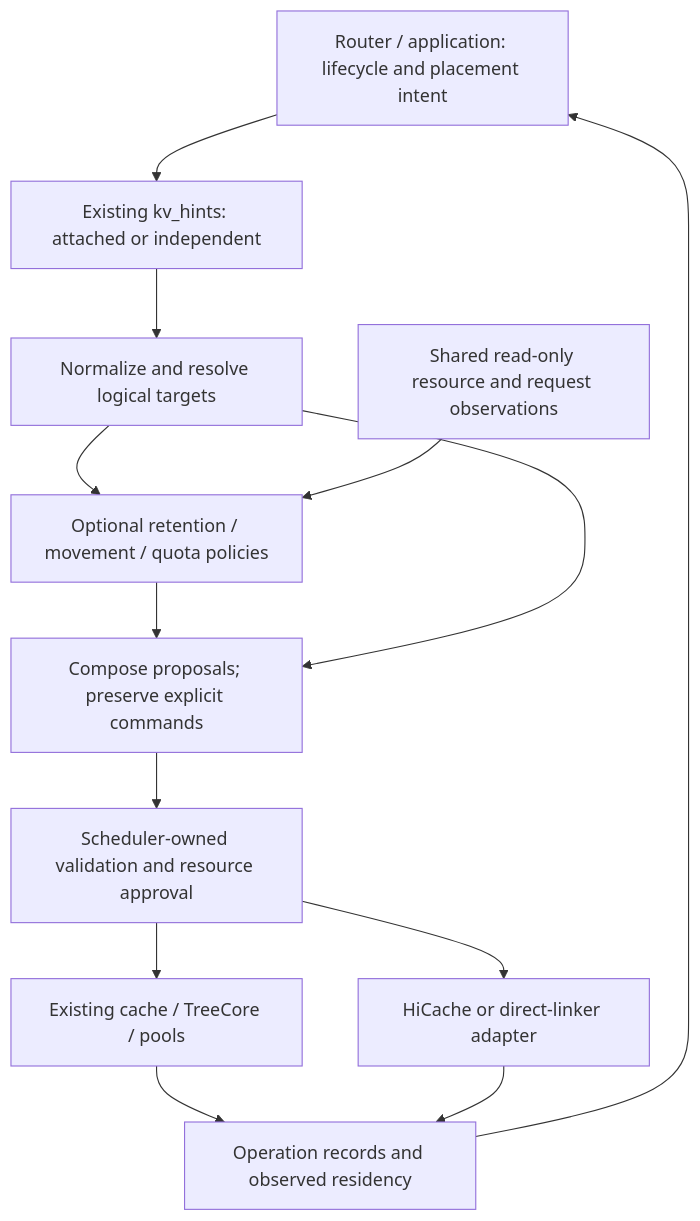
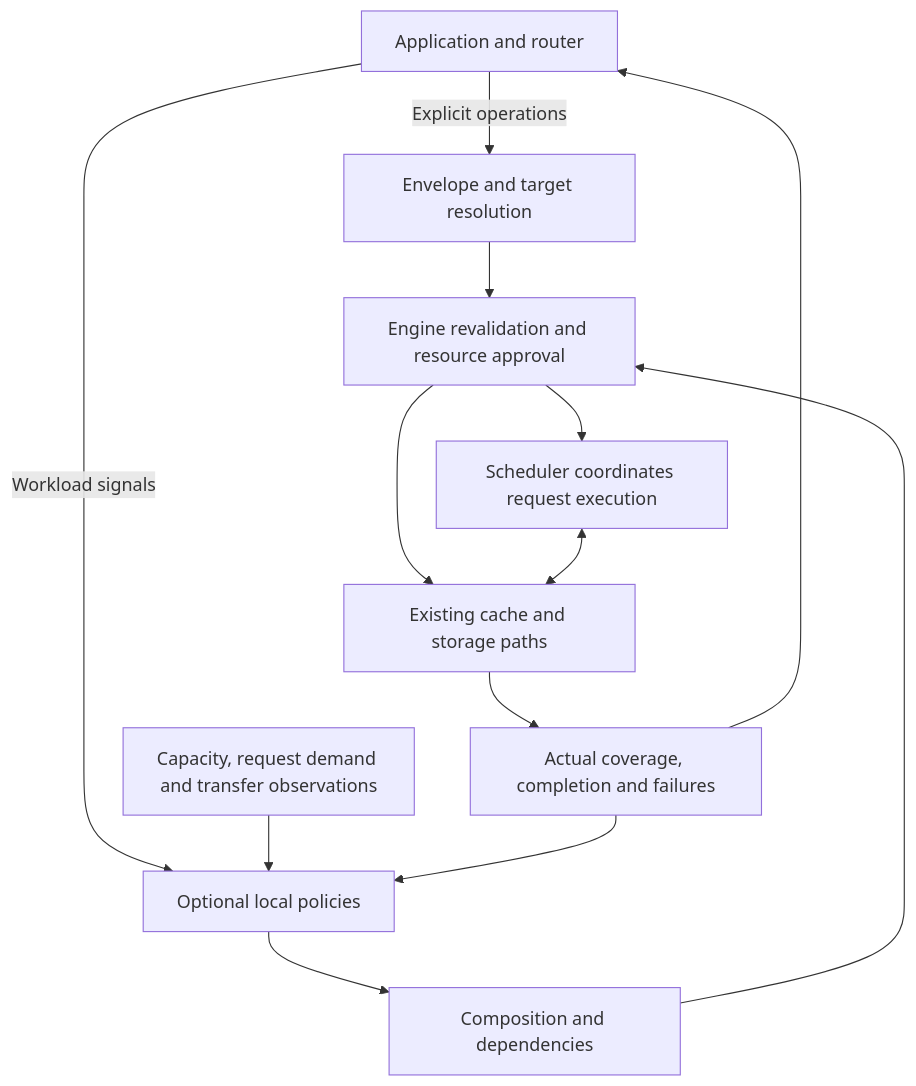
One commit to sgl-project/sglang changed the diagram in docs/programmable-kvc/RFC-programmable-kv-cache.md. Above: the diagram before and after it, drawn with Mermaid. The commit also changed other lines of this file and 2 other files, not shown here.

First line of the commit message:
[Doc] Refine programmable KV cache RFC and progress report

````diff
--- a/docs/programmable-kvc/RFC-programmable-kv-cache.md
+++ b/docs/programmable-kvc/RFC-programmable-kv-cache.md
@@ -64,15 +39,15 @@
 ```mermaid
 flowchart TD
-    R["Router / application: lifecycle and placement intent"] --> I["Existing kv_hints: attached or independent"]
-    I --> T["Normalize and resolve logical targets"]
-    T --> P["Optional retention / movement / quota policies"]
-    V["Shared read-only resource and request observations"] --> P
-    P --> C["Compose proposals; preserve explicit commands"]
-    T --> C
-    C --> A["Scheduler-owned validation and resource approval"]
-    A --> K["Existing cache / TreeCore / pools"]
-    A --> B["HiCache or direct-linker adapter"]
-    K --> O["Operation records and observed residency"]
-    B --> O
-    O --> R
+    A[Application and router] -->|Explicit operations| D[Envelope and target resolution]
+    A -->|Workload signals| P[Optional local policies]
+    V[Capacity, request demand and transfer observations] --> P
+    P --> C[Composition and dependencies]
+    D --> E[Engine revalidation and resource approval]
+    C --> E
+    E --> S[Scheduler coordinates request execution]
+    E --> B[Existing cache and storage paths]
+    S <--> B
+    B --> R[Actual coverage, completion and failures]
+    R --> A
+    R --> P
 ```
````
